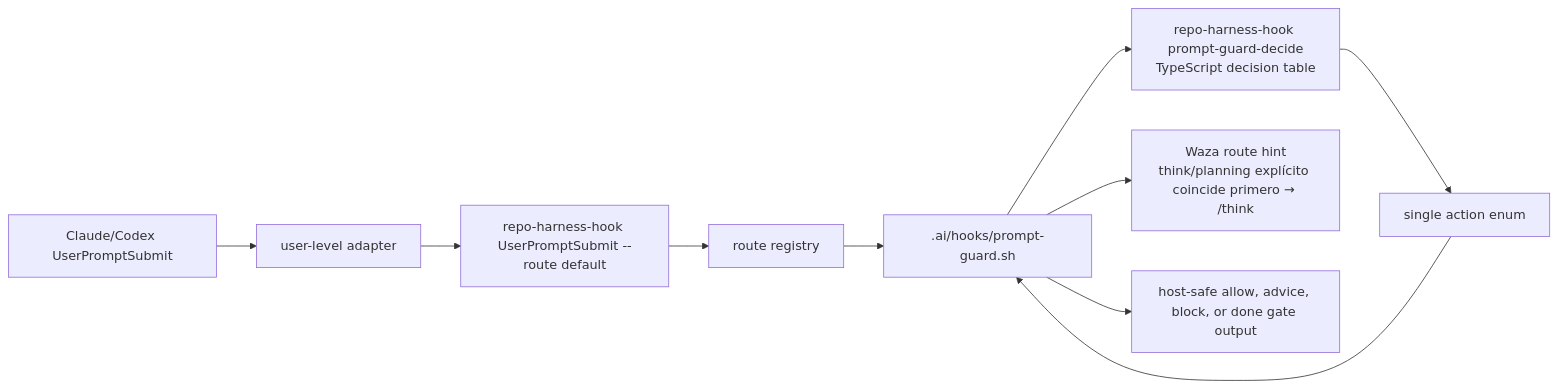
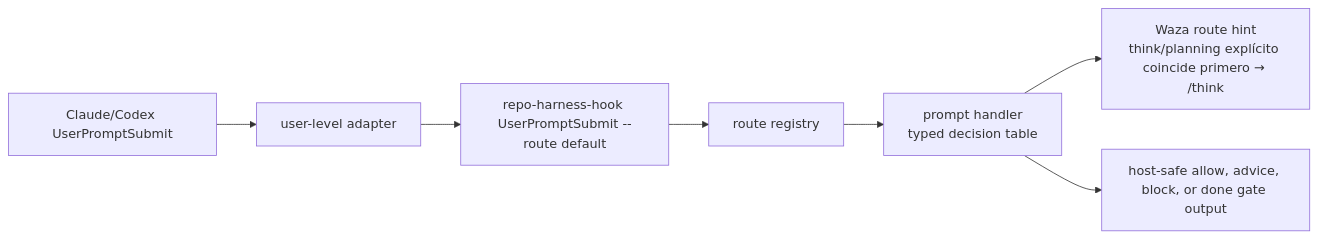
Before and after one commit to Ancienttwo/repo-harness: the third of 3 diagrams in README.es.md, drawn with Mermaid. The commit also changed other lines of this file and 128 other files, not shown here.

Commit message:
feat(runtime): retire legacy hook runtime and migrate adopted repos to typed handlers

````diff
--- a/README.es.md
+++ b/README.es.md
@@ -380,12 +376,9 @@
 ```mermaid
 flowchart LR
   Host["Claude/Codex UserPromptSubmit"] --> Adapter["user-level adapter"]
   Adapter --> CLI["repo-harness-hook UserPromptSubmit --route default"]
   CLI --> Route["route registry"]
-  Route --> Shell[".ai/hooks/prompt-guard.sh"]
-  Shell --> Decision["repo-harness-hook prompt-guard-decide<br/>TypeScript decision table"]
-  Decision --> Action["single action enum"]
-  Action --> Shell
-  Shell --> RouteHint["Waza route hint<br/>think/planning explícito coincide primero → /think"]
-  Shell --> HostOutput["host-safe allow, advice, block, or done gate output"]
+  Route --> Handler["prompt handler<br/>typed decision table"]
+  Handler --> RouteHint["Waza route hint<br/>think/planning explícito coincide primero → /think"]
+  Handler --> HostOutput["host-safe allow, advice, block, or done gate output"]
 ```
````
